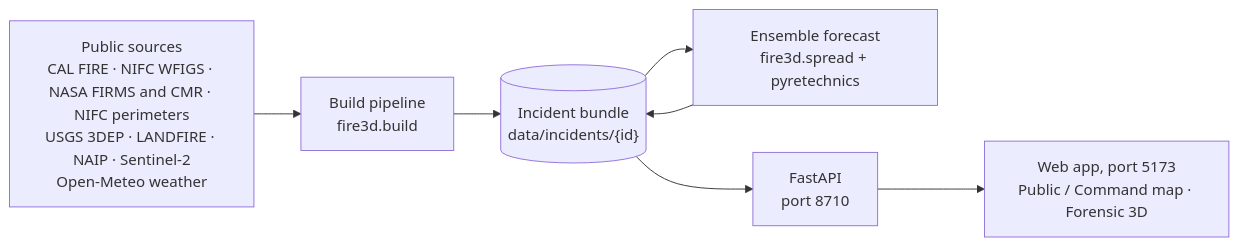
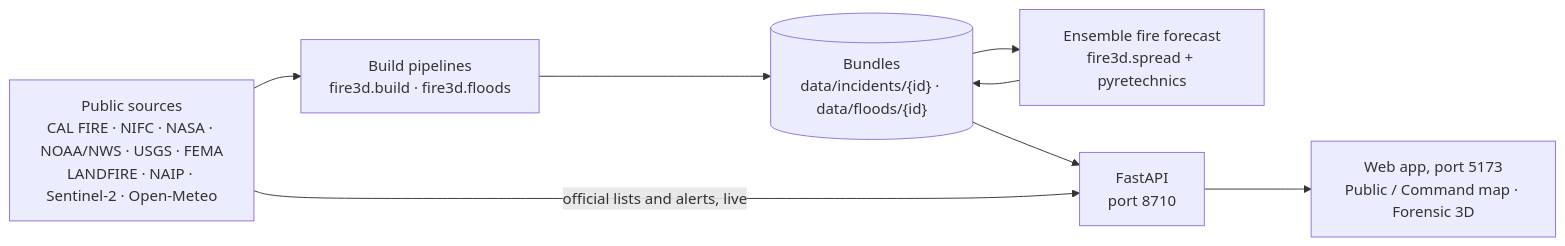
Before and after one commit to gz1010/disaster-mapping: the first of 2 diagrams in README.md, drawn with Mermaid. The commit also changed other lines of this file and 8 other files, not shown here.

````diff
--- a/README.md
+++ b/README.md
@@ -457,12 +369,13 @@
 ```mermaid
 flowchart LR
-  S["Public sources<br/>CAL FIRE · NIFC WFIGS · NASA FIRMS and CMR · NIFC perimeters<br/>USGS 3DEP · LANDFIRE · NAIP · Sentinel-2<br/>Open-Meteo weather"]
-  B["Build pipeline<br/>fire3d.build"]
-  D[("Incident bundle<br/>data/incidents/{id}")]
-  F["Ensemble forecast<br/>fire3d.spread + pyretechnics"]
+  S["Public sources<br/>CAL FIRE · NIFC · NASA · NOAA/NWS · USGS · FEMA<br/>LANDFIRE · NAIP · Sentinel-2 · Open-Meteo"]
+  B["Build pipelines<br/>fire3d.build · fire3d.floods"]
+  D[("Bundles<br/>data/incidents/{id} · data/floods/{id}")]
+  F["Ensemble fire forecast<br/>fire3d.spread + pyretechnics"]
   A["FastAPI<br/>port 8710"]
   W["Web app, port 5173<br/>Public / Command map · Forensic 3D"]
   S --> B --> D
   D --> F --> D
   D --> A --> W
+  S -- "official lists and alerts, live" --> A
 ```
````
